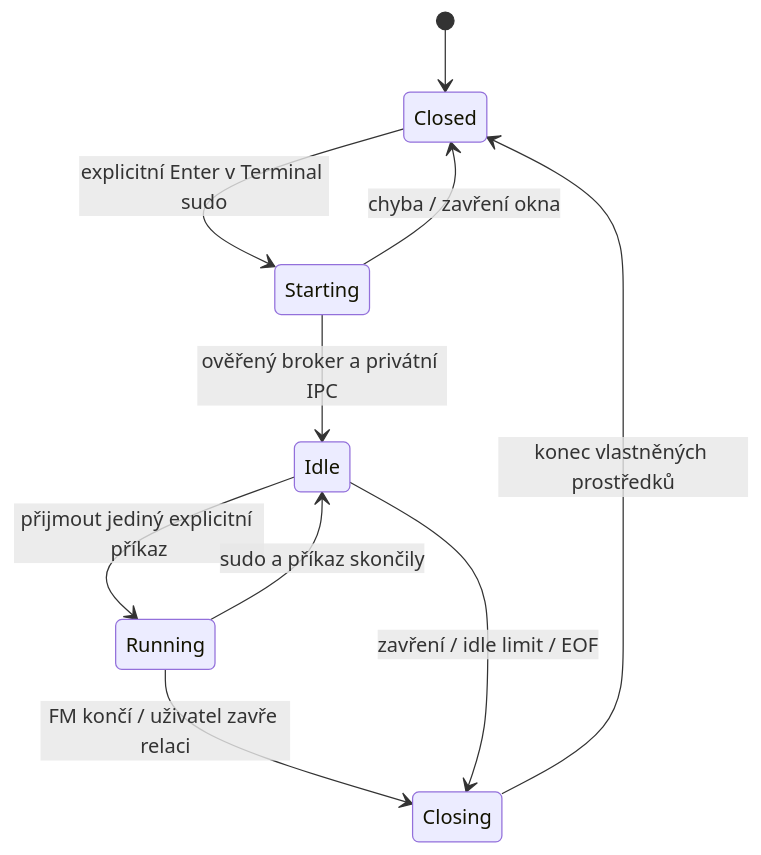
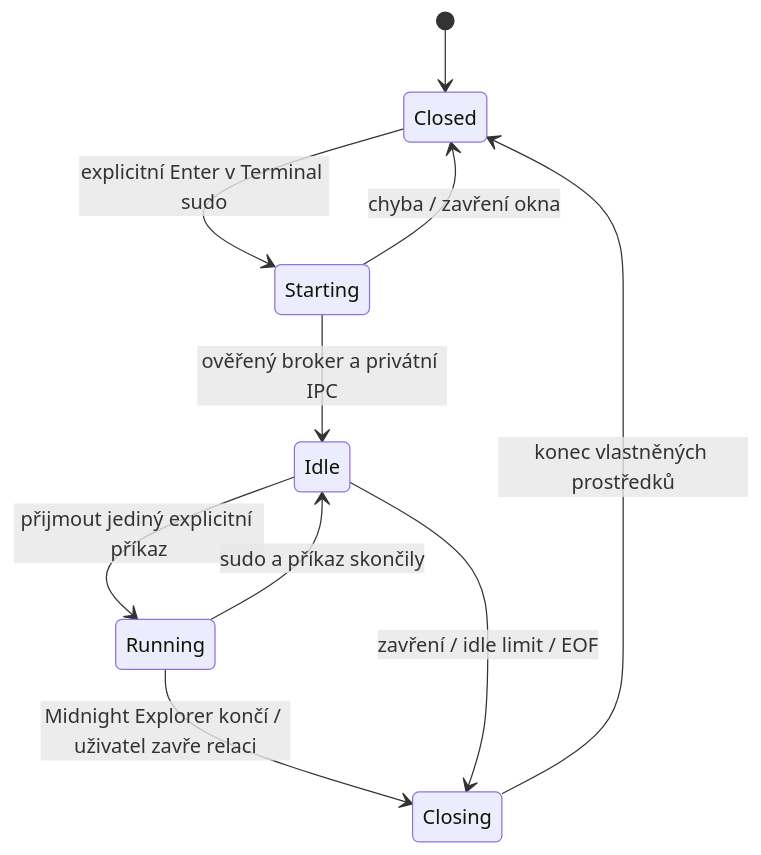
The diagram in docs/superpowers/specs/2026-11-04-terminal-sessions-design.md (TomasJelinek/fm), drawn with Mermaid before and after one commit. The commit also changed other lines of this file and 508 other files, not shown here.

First line of the commit message:
Add safe native operations and panel modes to Midnight Explorer

````diff
--- a/docs/superpowers/specs/2026-11-04-terminal-sessions-design.md
+++ b/docs/superpowers/specs/2026-11-04-terminal-sessions-design.md
@@ -79,12 +79,12 @@
 ```mermaid
 stateDiagram-v2
     [*] --> Closed
     Closed --> Starting: explicitní Enter v Terminal sudo
     Starting --> Idle: ověřený broker a privátní IPC
     Starting --> Closed: chyba / zavření okna
     Idle --> Running: přijmout jediný explicitní příkaz
     Running --> Idle: sudo a příkaz skončily
-    Running --> Closing: FM končí / uživatel zavře relaci
+    Running --> Closing: Midnight Explorer končí / uživatel zavře relaci
     Idle --> Closing: zavření / idle limit / EOF
     Closing --> Closed: konec vlastněných prostředků
 ```
````
